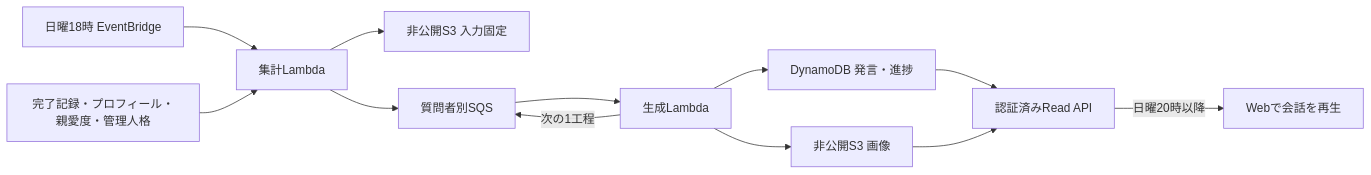
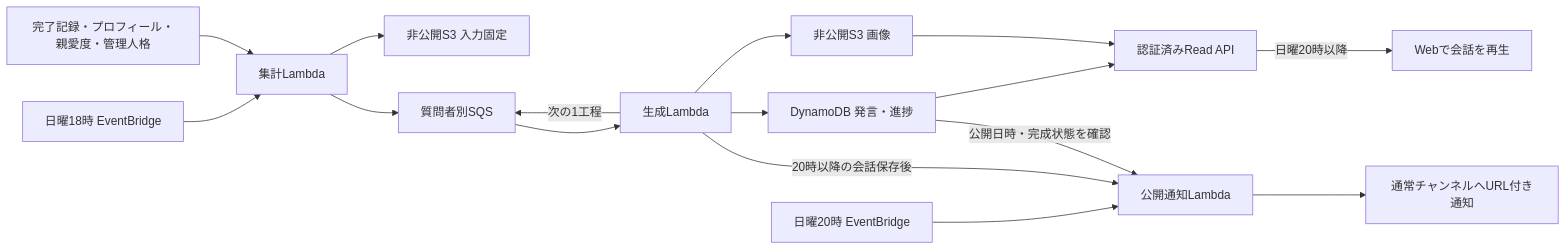
The diagram in docs/28_モモトーク設計.md (pitekusu/shittim-chest), drawn with Mermaid before and after one commit. The commit also changed other lines of this file and 19 other files, not shown here.

````diff
--- a/docs/28_モモトーク設計.md
+++ b/docs/28_モモトーク設計.md
@@ -35,14 +36,18 @@
 ```mermaid
 flowchart LR
     Schedule[日曜18時 EventBridge] --> Collect[集計Lambda]
     Archive[完了記録・プロフィール・親愛度・管理人格] --> Collect
     Collect --> Input[非公開S3 入力固定]
     Collect --> Queue[質問者別SQS]
     Queue --> Worker[生成Lambda]
     Worker --> Checkpoint[DynamoDB 発言・進捗]
     Worker --> Image[非公開S3 画像]
     Worker -->|次の1工程| Queue
     Checkpoint --> API[認証済みRead API]
     Image --> API
     API -->|日曜20時以降| Web[Webで会話を再生]
+    Publish[日曜20時 EventBridge] --> Notice[公開通知Lambda]
+    Worker -->|20時以降の会話保存後| Notice
+    Checkpoint -->|公開日時・完成状態を確認| Notice
+    Notice --> Discord[通常チャンネルへURL付き通知]
 ```
````
